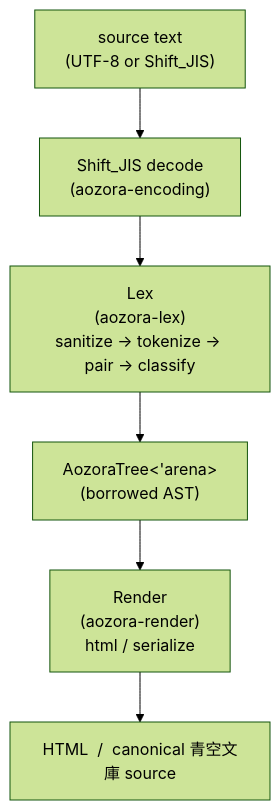
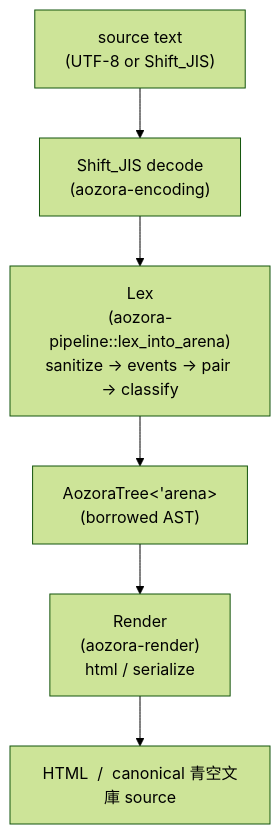
The first of 2 diagrams in crates/aozora-book/src/arch/pipeline.md (P4suta/aozora), drawn with Mermaid (forest theme) before and after one commit. The commit also changed other lines of this file and 116 other files, not shown here.

````diff
--- a/crates/aozora-book/src/arch/pipeline.md
+++ b/crates/aozora-book/src/arch/pipeline.md
@@ -12,11 +12,11 @@
 ```mermaid
 flowchart TD
     src["source text<br/>(UTF-8 or Shift_JIS)"]
     decode["Shift_JIS decode<br/>(aozora-encoding)"]
-    lex["Lex<br/>(aozora-lex)<br/>sanitize → tokenize → pair → classify"]
+    lex["Lex<br/>(aozora-pipeline::lex_into_arena)<br/>sanitize → events → pair → classify"]
     tree["AozoraTree&lt;'arena&gt;<br/>(borrowed AST)"]
     render["Render<br/>(aozora-render)<br/>html  /  serialize"]
     out["HTML  /  canonical 青空文庫 source"]
 
     src --> decode --> lex --> tree --> render --> out
 ```
````
